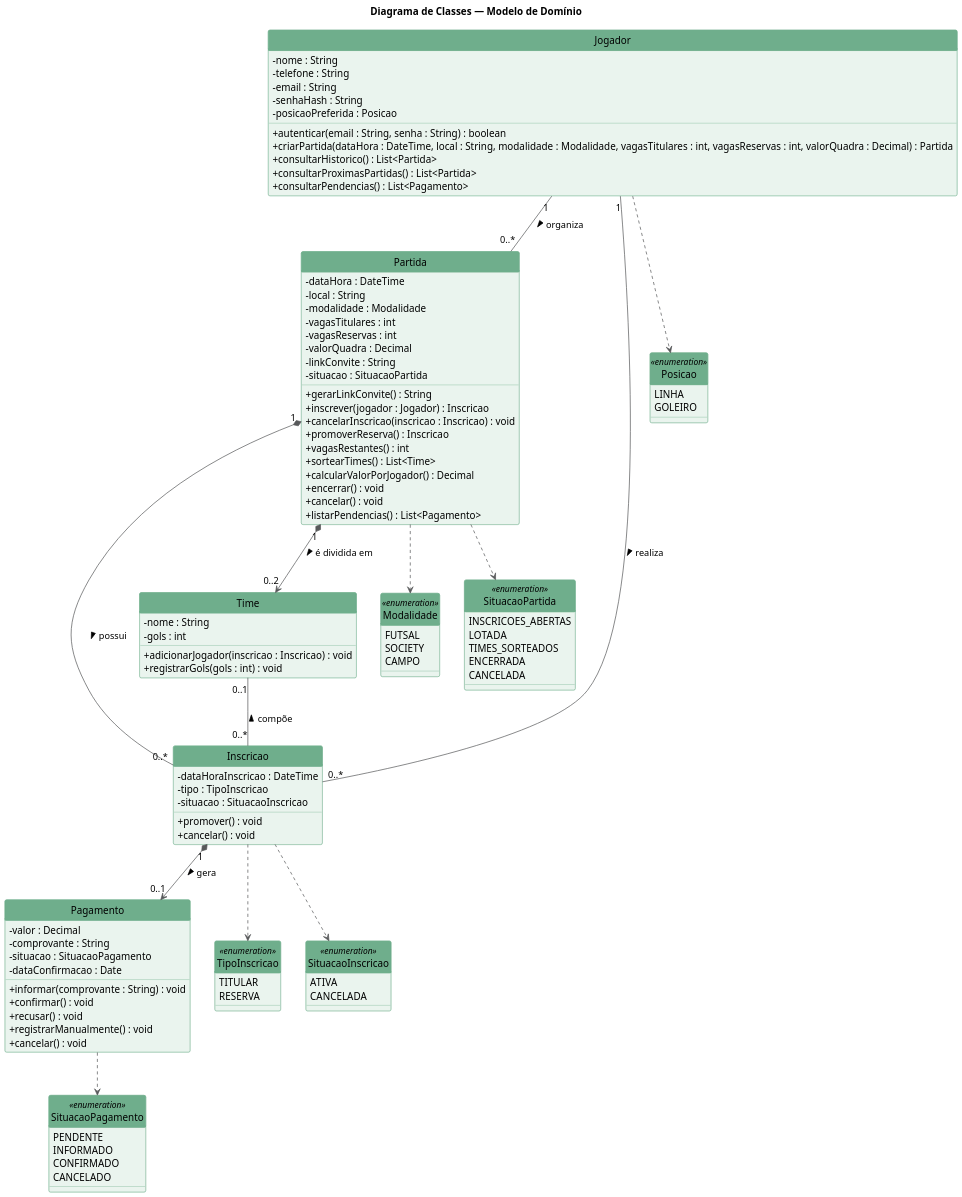
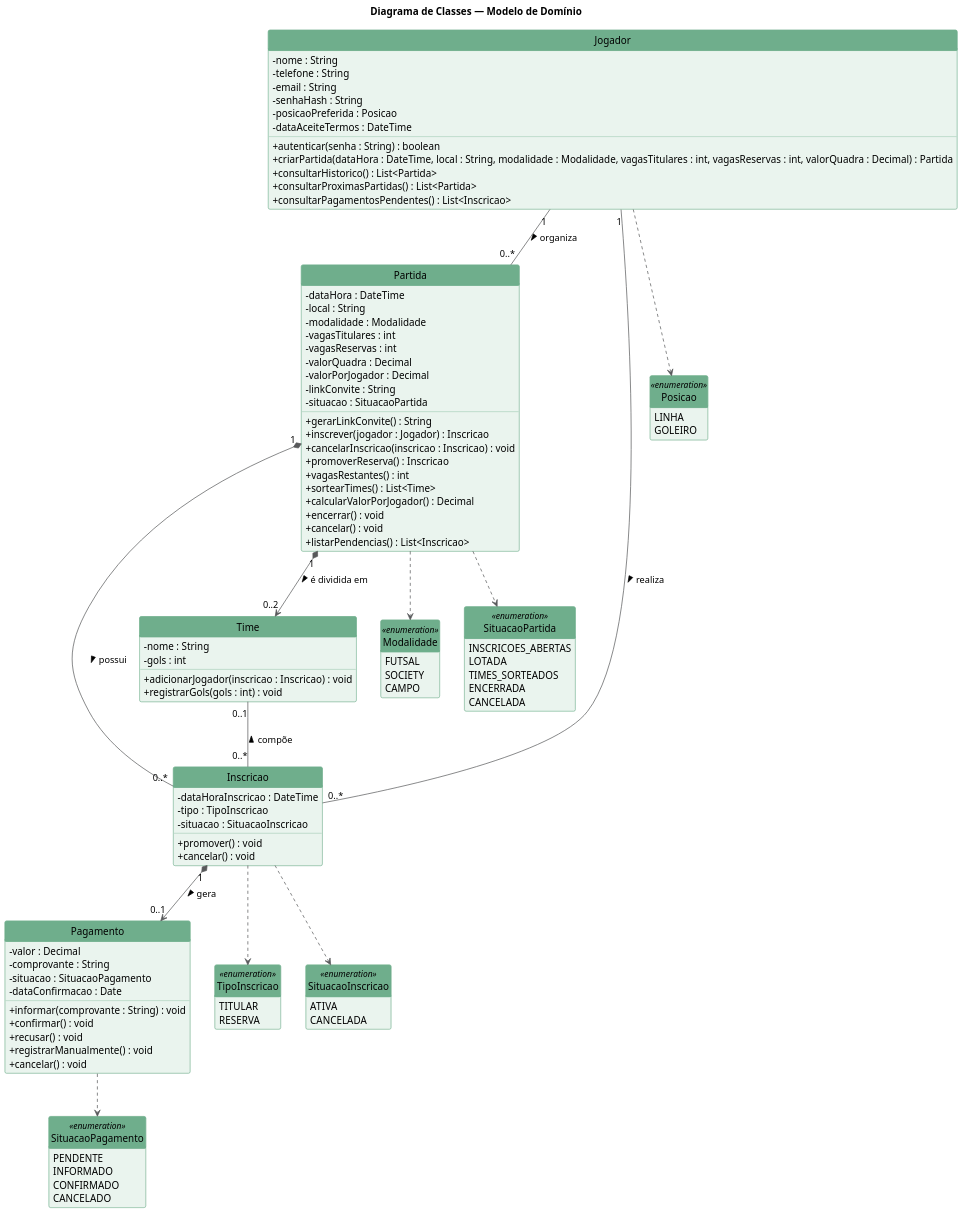
The diagram in diagramas/classes_dominio.puml (VictorAndreon/Organizador-futebol-amador), drawn with PlantUML before and after one commit. The commit also changed 15 other files, not shown here.

```diff
--- a/diagramas/classes_dominio.puml
+++ b/diagramas/classes_dominio.puml
@@ -1,129 +1,132 @@
 @startuml classes_dominio
 title Diagrama de Classes — Modelo de Domínio
 
 skinparam dpi 150
 
 hide circle
+hide empty members
 skinparam ArrowColor #58595B
 skinparam classAttributeIconSize 0
 skinparam class {
   BackgroundColor #EAF4EE
   BorderColor #6FAE8C
   HeaderBackgroundColor #6FAE8C
   HeaderFontColor #FFFFFF
 }
 
 class Jogador {
   - nome : String
   - telefone : String
   - email : String
   - senhaHash : String
   - posicaoPreferida : Posicao
-  + autenticar(email : String, senha : String) : boolean
+  - dataAceiteTermos : DateTime
+  + autenticar(senha : String) : boolean
   + criarPartida(dataHora : DateTime, local : String, modalidade : Modalidade, vagasTitulares : int, vagasReservas : int, valorQuadra : Decimal) : Partida
   + consultarHistorico() : List<Partida>
   + consultarProximasPartidas() : List<Partida>
-  + consultarPendencias() : List<Pagamento>
+  + consultarPagamentosPendentes() : List<Inscricao>
 }
 
 class Partida {
   - dataHora : DateTime
   - local : String
   - modalidade : Modalidade
   - vagasTitulares : int
   - vagasReservas : int
   - valorQuadra : Decimal
+  - valorPorJogador : Decimal
   - linkConvite : String
   - situacao : SituacaoPartida
   + gerarLinkConvite() : String
   + inscrever(jogador : Jogador) : Inscricao
   + cancelarInscricao(inscricao : Inscricao) : void
   + promoverReserva() : Inscricao
   + vagasRestantes() : int
   + sortearTimes() : List<Time>
   + calcularValorPorJogador() : Decimal
   + encerrar() : void
   + cancelar() : void
-  + listarPendencias() : List<Pagamento>
+  + listarPendencias() : List<Inscricao>
 }
 
 class Inscricao {
   - dataHoraInscricao : DateTime
   - tipo : TipoInscricao
   - situacao : SituacaoInscricao
   + promover() : void
   + cancelar() : void
 }
 
 class Time {
   - nome : String
   - gols : int
   + adicionarJogador(inscricao : Inscricao) : void
   + registrarGols(gols : int) : void
 }
 
 class Pagamento {
   - valor : Decimal
   - comprovante : String
   - situacao : SituacaoPagamento
   - dataConfirmacao : Date
   + informar(comprovante : String) : void
   + confirmar() : void
   + recusar() : void
   + registrarManualmente() : void
   + cancelar() : void
 }
 
 enum Posicao <<enumeration>> {
   LINHA
   GOLEIRO
 }
 
 enum Modalidade <<enumeration>> {
   FUTSAL
   SOCIETY
   CAMPO
 }
 
 enum SituacaoPartida <<enumeration>> {
   INSCRICOES_ABERTAS
   LOTADA
   TIMES_SORTEADOS
   ENCERRADA
   CANCELADA
 }
 
 enum TipoInscricao <<enumeration>> {
   TITULAR
   RESERVA
 }
 
 enum SituacaoInscricao <<enumeration>> {
   ATIVA
   CANCELADA
 }
 
 enum SituacaoPagamento <<enumeration>> {
   PENDENTE
   INFORMADO
   CONFIRMADO
   CANCELADO
 }
 
 ' Associações (sem seta = navegável nos dois sentidos)
 Jogador "1" -- "0..*" Partida : organiza >
 Jogador "1" -- "0..*" Inscricao : realiza >
 Partida "1" *-- "0..*" Inscricao : possui >
 Partida "1" *--> "0..2" Time : é dividida em >
 Time "0..1" -- "0..*" Inscricao : compõe <
 Inscricao "1" *--> "0..1" Pagamento : gera >
 
 ' Enumerações usadas pelas classes
 Jogador ..> Posicao
 Partida ..> Modalidade
 Partida ..> SituacaoPartida
 Inscricao ..> TipoInscricao
 Inscricao ..> SituacaoInscricao
 Pagamento ..> SituacaoPagamento
 
 @enduml
```
